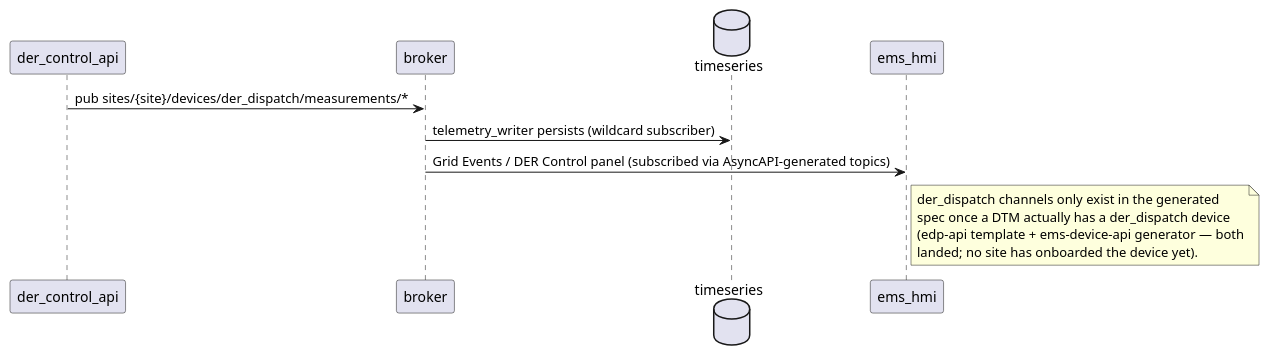
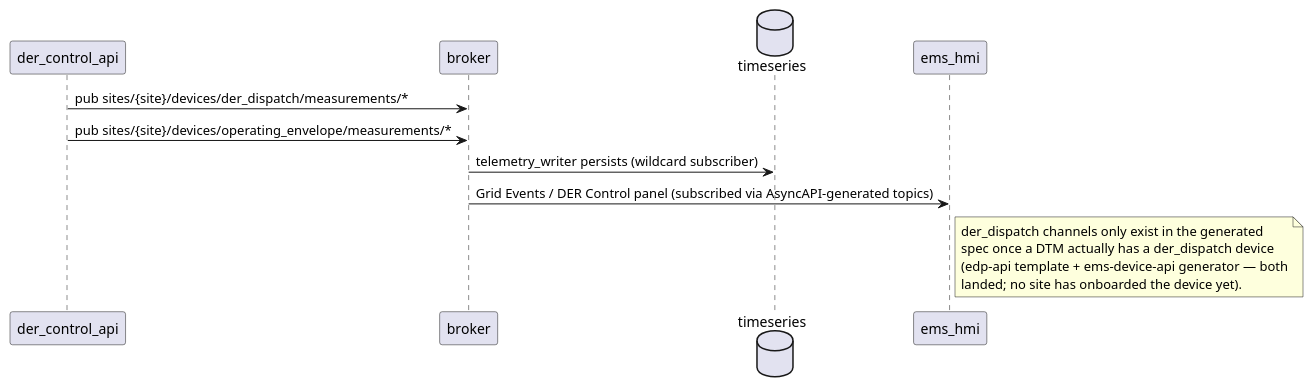
The second of 2 diagrams in readme.md (arcnode-io/ems-der-control-api), drawn with PlantUML before and after one commit. The commit also changed other lines of this file, not shown here.

First line of the commit message:
📝 docs(readme): correct the disproven DNP3-ownership claim, mark envelope wiring resolved

````diff
--- a/readme.md
+++ b/readme.md
@@ -59,17 +63,18 @@
 ```plantuml
 participant der_control_api
 participant broker
 database timeseries
 participant ems_hmi
 
 der_control_api -> broker: pub sites/{site}/devices/der_dispatch/measurements/*
+der_control_api -> broker: pub sites/{site}/devices/operating_envelope/measurements/*
 broker -> timeseries: telemetry_writer persists (wildcard subscriber)
 broker -> ems_hmi: Grid Events / DER Control panel (subscribed via AsyncAPI-generated topics)
 
 note right of ems_hmi
   der_dispatch channels only exist in the generated
   spec once a DTM actually has a der_dispatch device
   (edp-api template + ems-device-api generator — both
   landed; no site has onboarded the device yet).
 end note
 ```
````
